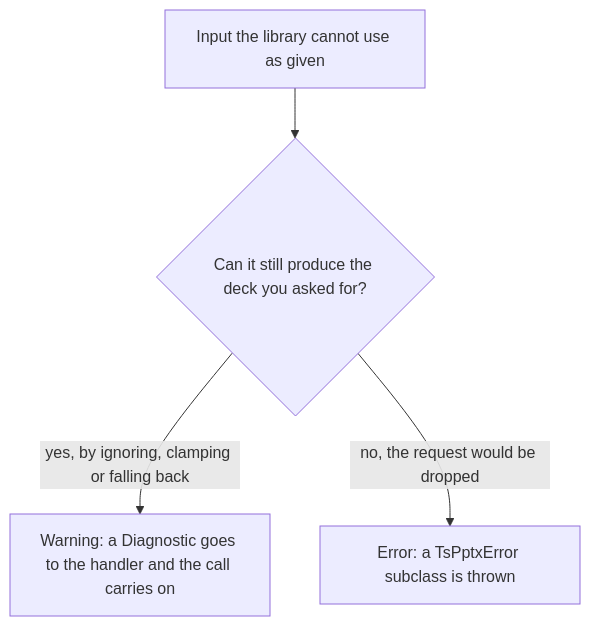
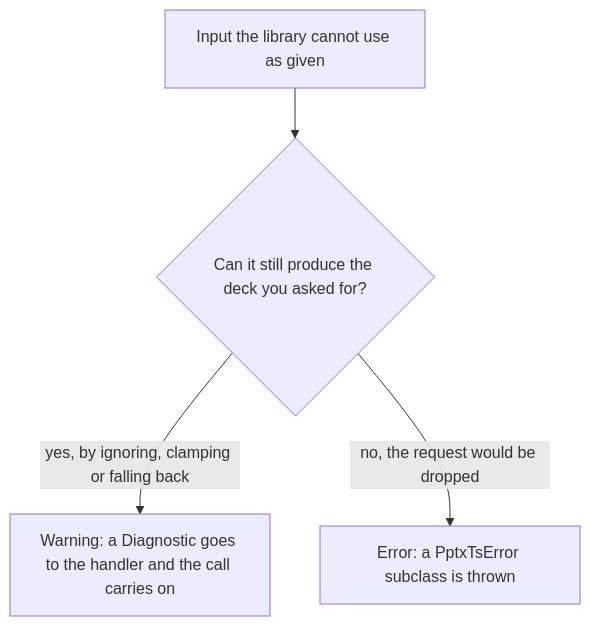
The diagram in docs/errors-and-warnings.md (shbernal/pptx-ts), drawn with Mermaid before and after one commit. The commit also changed other lines of this file and 238 other files, not shown here.

````diff
--- a/docs/errors-and-warnings.md
+++ b/docs/errors-and-warnings.md
@@ -16,6 +16,6 @@
 ```mermaid
 flowchart TD
   input["Input the library cannot use as given"] --> question{"Can it still produce the deck you asked for?"}
   question -- "yes, by ignoring, clamping or falling back" --> warning["Warning: a Diagnostic goes to the handler and the call carries on"]
-  question -- "no, the request would be dropped" --> error["Error: a TsPptxError subclass is thrown"]
+  question -- "no, the request would be dropped" --> error["Error: a PptxTsError subclass is thrown"]
 ```
````
